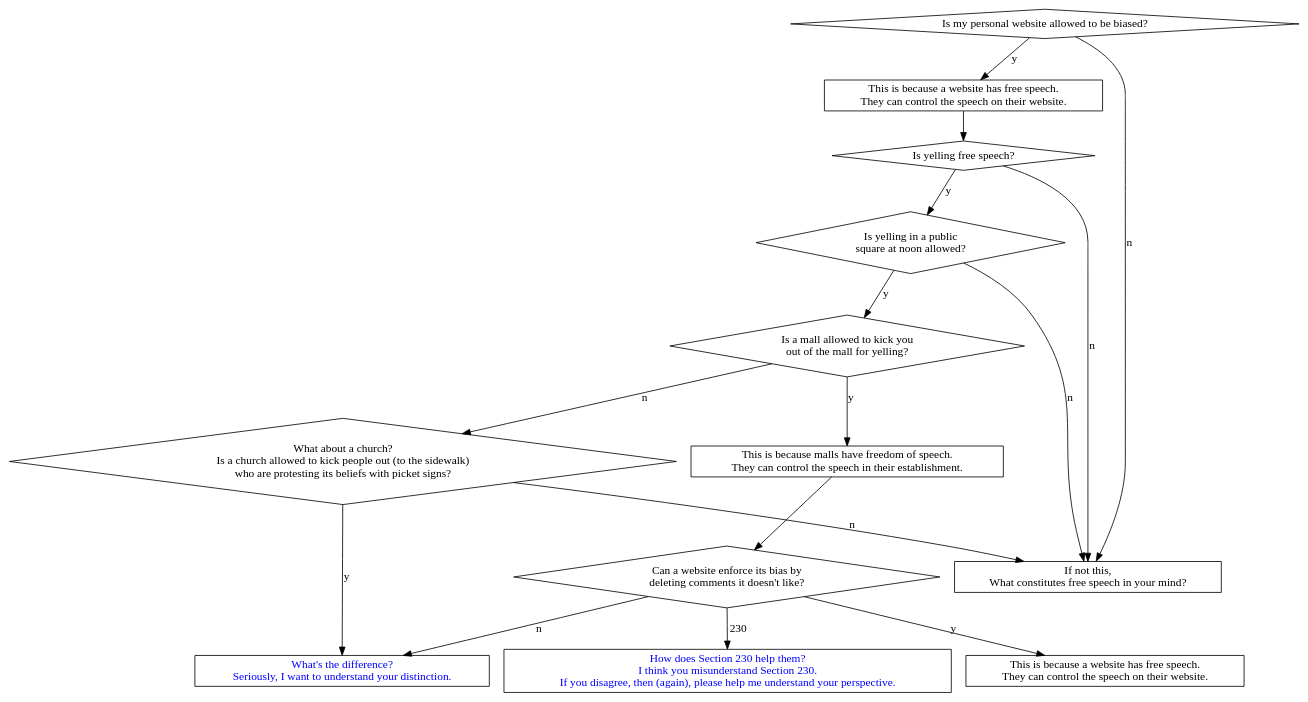
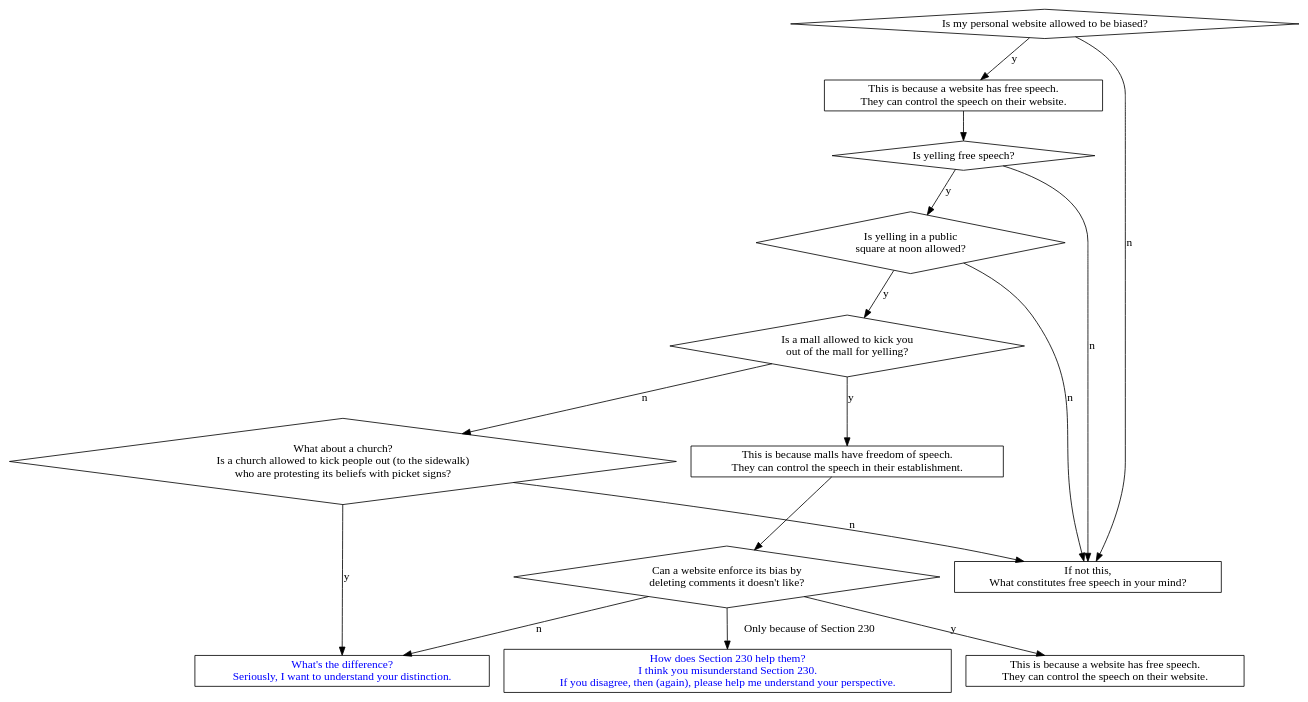
The diagram in speech.dot (mckaysalisbury/politics), drawn with Graphviz before and after one commit.

```diff
--- a/speech.dot
+++ b/speech.dot
@@ -1,37 +1,37 @@
 digraph speech {
   node [shape=diamond]
   websiteBias [label="Is my personal website allowed to be biased?"]
   websiteBias -> websiteSpeech1 [label="y"]
   websiteSpeech1,websiteSpeech2 [label="This is because a website has free speech.\nThey can control the speech on their website." shape="rectangle"]
   websiteSpeech1 -> yell
   yell [label="Is yelling free speech?"]
   yell -> square [label="y"]
   square [label="Is yelling in a public\nsquare at noon allowed?"]
   square -> mall [label="y"]
   mall [label="Is a mall allowed to kick you\nout of the mall for yelling?"]
   mall -> mallSpeech [label="y"]
   mallSpeech [label="This is because malls have freedom of speech.\nThey can control the speech in their establishment." shape=rectangle]
   mallSpeech -> websiteEnforce
 
   websiteEnforce [label="Can a website enforce its bias by\ndeleting comments it doesn't like?"]
   websiteEnforce -> websiteSpeech2 [label="y"]
   websiteEnforce -> difference [label="n"]
 
 
   mall -> church [label="n"]
   church [label="What about a church?\nIs a church allowed to kick people out (to the sidewalk)\nwho are protesting its beliefs with picket signs?"]
   church -> difference [label="y"]
   church -> whatIsFreeSpeech [label="n"]
   difference [label="What's the difference?\nSeriously, I want to understand your distinction." shape="rectangle" fontcolor=blue href="https://blog.mckaysalisbury.com/2021/01/freedom-of-speech.html" target="_blank"]
 
   websiteBias, yell, square -> whatIsFreeSpeech [label="n"]
   whatIsFreeSpeech [label="If not this,\nWhat constitutes free speech in your mind?" shape=rectangle]
   
-  websiteEnforce -> 230 [label="230"]
+  websiteEnforce -> 230 [label="Only because of Section 230"]
   230 [label="How does Section 230 help them?\nI think you misunderstand Section 230.\nIf you disagree, then (again), please help me understand your perspective." shape=rectangle fontcolor=blue href="https://www.techdirt.com/articles/20200531/23325444617/hello-youve-been-referred-here-because-youre-wrong-about-section-230-communications-decency-act.shtml"]
 
 
 
   # home [label="Am I able to control the content that enters my home?"]
 
 }
```
